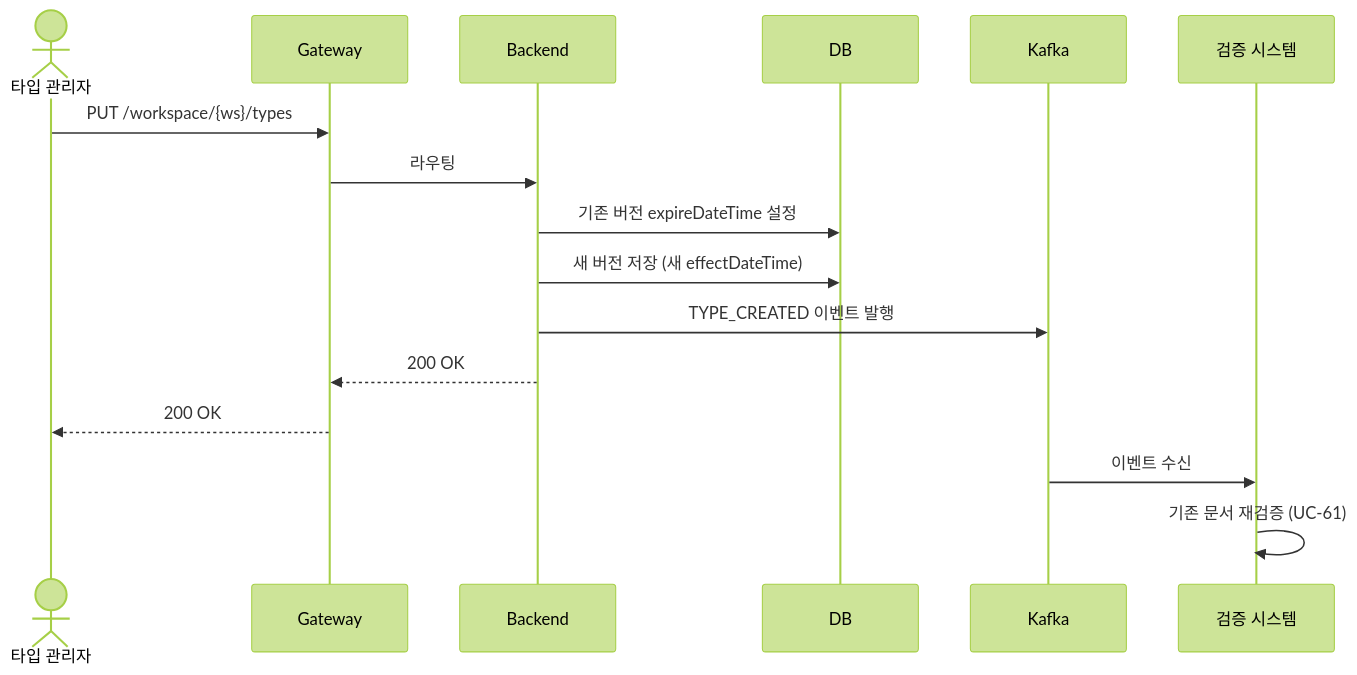
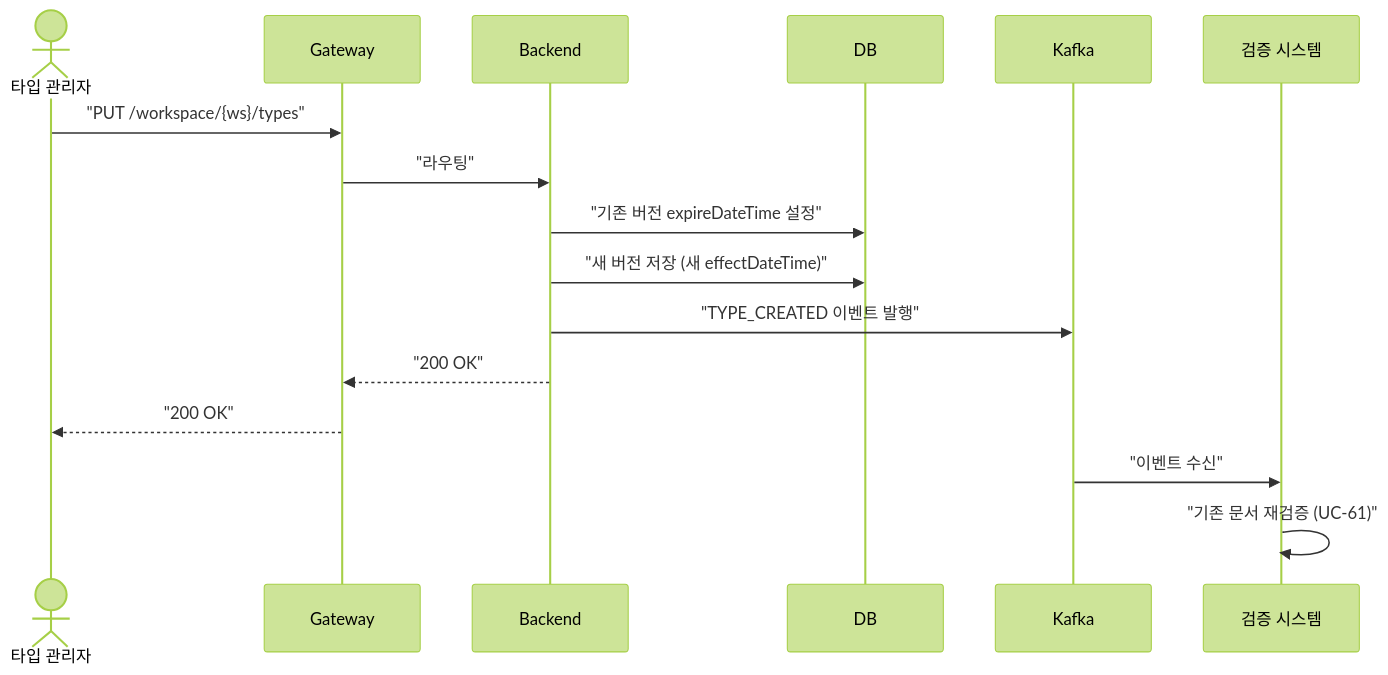
The seventh of 25 diagrams in docs/usecases.md (sayaya1090/handbook), drawn with Mermaid (forest theme) before and after one commit. The commit also changed other lines of this file and 22 other files, not shown here.

First line of the commit message:
docs: Mermaid 다이어그램 렌더링 오류 수정을 위한 구문 전수 교정

````diff
--- a/docs/usecases.md
+++ b/docs/usecases.md
@@ -652,19 +652,19 @@
 ```mermaid
 sequenceDiagram
     actor TM as 타입 관리자
     participant GW as Gateway
     participant API as Backend
     participant DB
     participant Kafka
     participant V as 검증 시스템
 
-    TM->>GW: PUT /workspace/{ws}/types
-    GW->>API: 라우팅
-    API->>DB: 기존 버전 expireDateTime 설정
-    API->>DB: 새 버전 저장 (새 effectDateTime)
-    API->>Kafka: TYPE_CREATED 이벤트 발행
-    API-->>GW: 200 OK
-    GW-->>TM: 200 OK
-    Kafka->>V: 이벤트 수신
-    V->>V: 기존 문서 재검증 (UC-61)
+    TM->>GW: "PUT /workspace/{ws}/types"
+    GW->>API: "라우팅"
+    API->>DB: "기존 버전 expireDateTime 설정"
+    API->>DB: "새 버전 저장 (새 effectDateTime)"
+    API->>Kafka: "TYPE_CREATED 이벤트 발행"
+    API-->>GW: "200 OK"
+    GW-->>TM: "200 OK"
+    Kafka->>V: "이벤트 수신"
+    V->>V: "기존 문서 재검증 (UC-61)"
 ```
````
